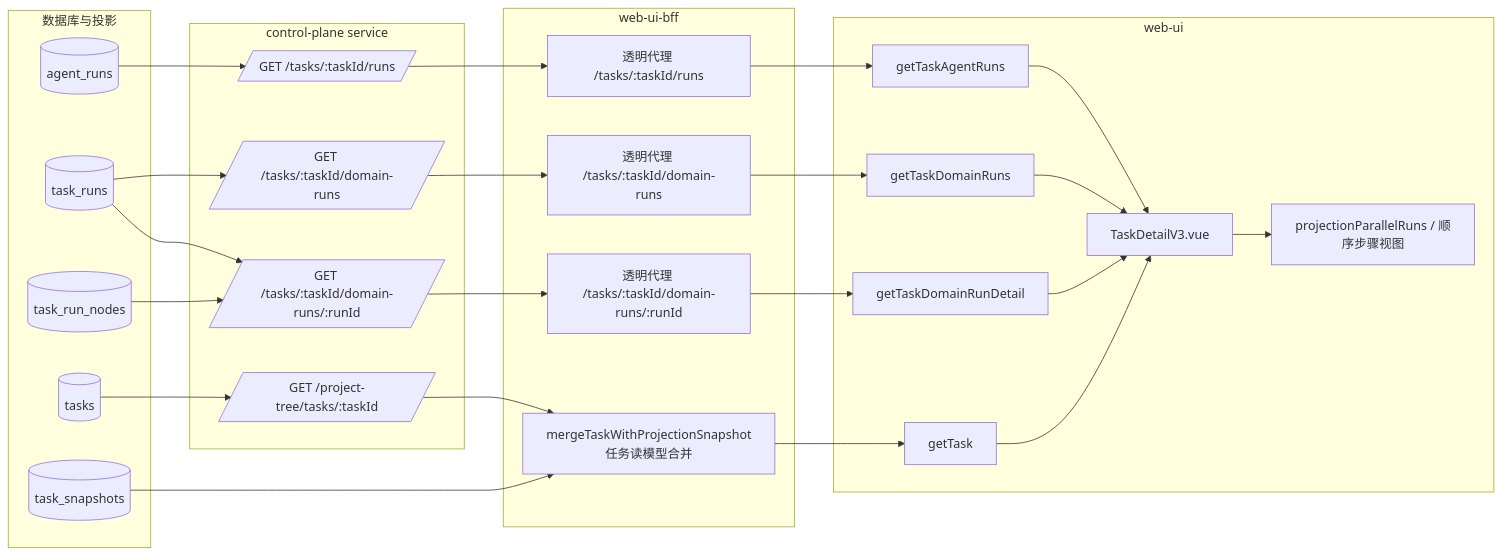
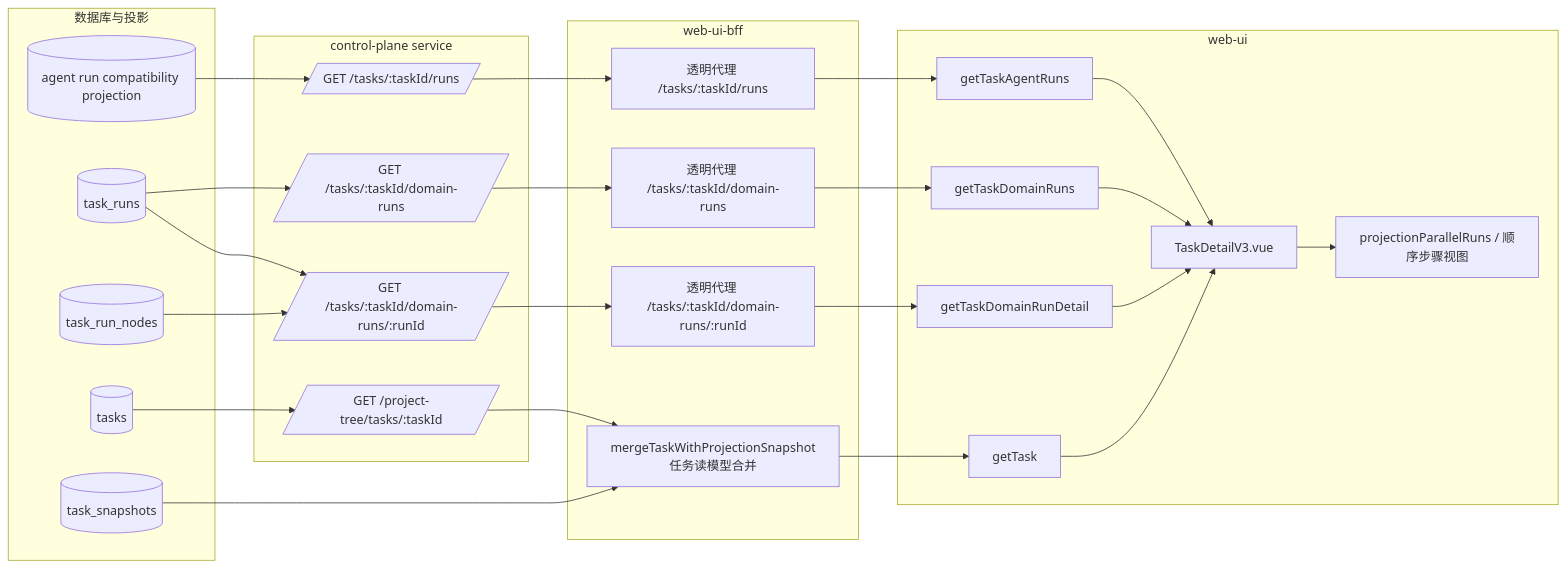
The fifth of 6 diagrams in docs/task-run-data-end-to-end.md (openerserver/openerx), drawn with Mermaid before and after one commit. The commit also changed other lines of this file and 943 other files, not shown here.

````diff
--- a/docs/task-run-data-end-to-end.md
+++ b/docs/task-run-data-end-to-end.md
@@ -375,53 +375,53 @@
 ```mermaid
 flowchart LR
   subgraph DB[数据库与投影]
-    A[(agent_runs)]
+    A[(agent run compatibility projection)]
     B[(task_runs)]
     C[(task_run_nodes)]
     D[(tasks)]
     E[(task_snapshots)]
   end
 
   subgraph Service[control-plane service]
     F[/GET /tasks/:taskId/runs/]
     G[/GET /tasks/:taskId/domain-runs/]
     H[/GET /tasks/:taskId/domain-runs/:runId/]
     I[/GET /project-tree/tasks/:taskId/]
   end
 
   subgraph BFF[web-ui-bff]
     J[透明代理 /tasks/:taskId/runs]
     K[透明代理 /tasks/:taskId/domain-runs]
     L[透明代理 /tasks/:taskId/domain-runs/:runId]
     M[mergeTaskWithProjectionSnapshot\n任务读模型合并]
   end
 
   subgraph UI[web-ui]
     N[getTaskAgentRuns]
     O[getTaskDomainRuns]
     P[getTaskDomainRunDetail]
     Q[getTask]
     R[TaskDetailV3.vue]
     S[projectionParallelRuns / 顺序步骤视图]
   end
 
   A --> F
   B --> G
   B --> H
   C --> H
   D --> I
   E --> M
   F --> J
   G --> K
   H --> L
   I --> M
   J --> N
   K --> O
   L --> P
   M --> Q
   N --> R
   O --> R
   P --> R
   Q --> R
   R --> S
 ```
````
